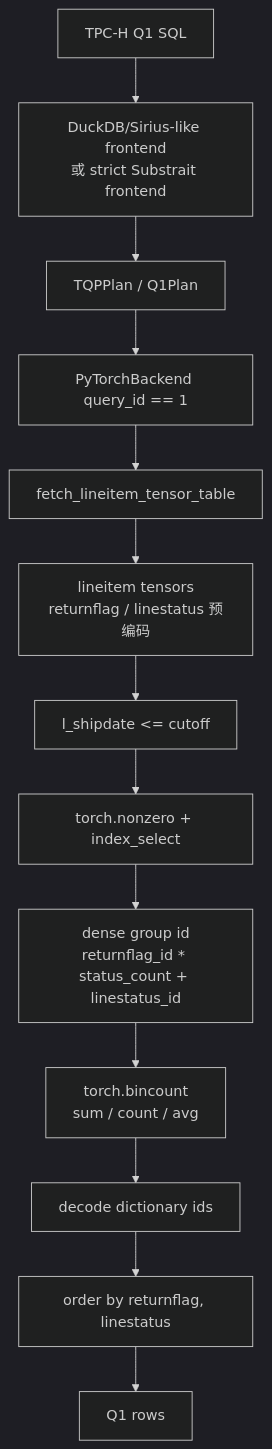
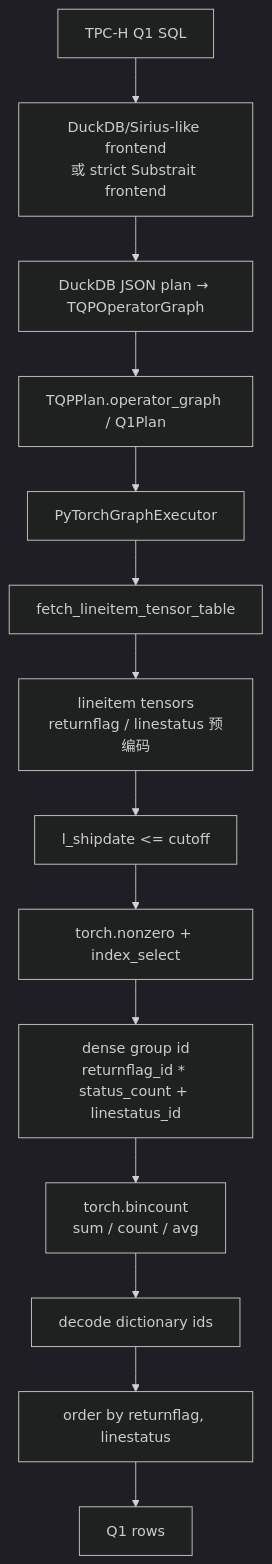
One commit to liuweibupt/torch-query-gpu changed the second of 2 diagrams in README.md. Above: the diagram before and after it, drawn with Mermaid (dark theme). The commit also changed other lines of this file and 4 other files, not shown here.

Commit message:
docs: describe tqp operator graph path

````diff
--- a/README.md
+++ b/README.md
@@ -57,15 +61,16 @@
 ```mermaid
 flowchart TD
     Q1SQL["TPC-H Q1 SQL"] --> Frontend["DuckDB/Sirius-like frontend<br/>或 strict Substrait frontend"]
-    Frontend --> Plan["TQPPlan / Q1Plan"]
-    Plan --> Backend["PyTorchBackend query_id == 1"]
+    Frontend --> Graph["DuckDB JSON plan → TQPOperatorGraph"]
+    Graph --> Plan["TQPPlan.operator_graph / Q1Plan"]
+    Plan --> Backend["PyTorchGraphExecutor"]
     Backend --> Fetch["fetch_lineitem_tensor_table"]
     Fetch --> Encoded["lineitem tensors<br/>returnflag / linestatus 预编码"]
     Encoded --> Filter["l_shipdate <= cutoff"]
     Filter --> Select["torch.nonzero + index_select"]
     Select --> Group["dense group id<br/>returnflag_id * status_count + linestatus_id"]
     Group --> Reduce["torch.bincount<br/>sum / count / avg"]
     Reduce --> Decode["decode dictionary ids"]
     Decode --> Sort["order by returnflag, linestatus"]
     Sort --> Rows["Q1 rows"]
 ```
````
